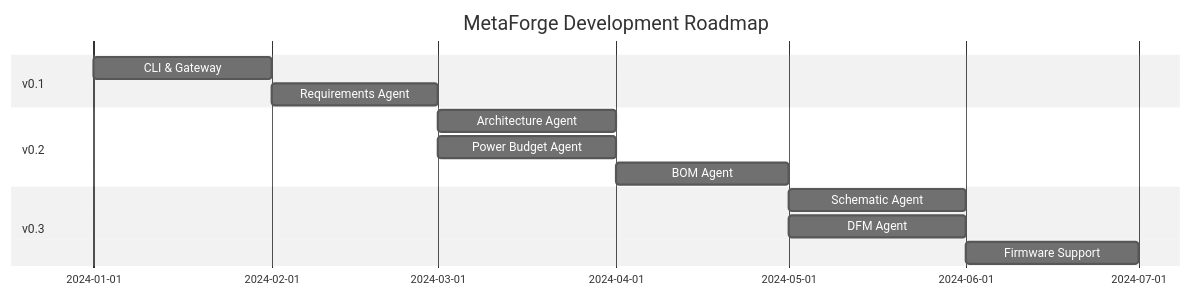
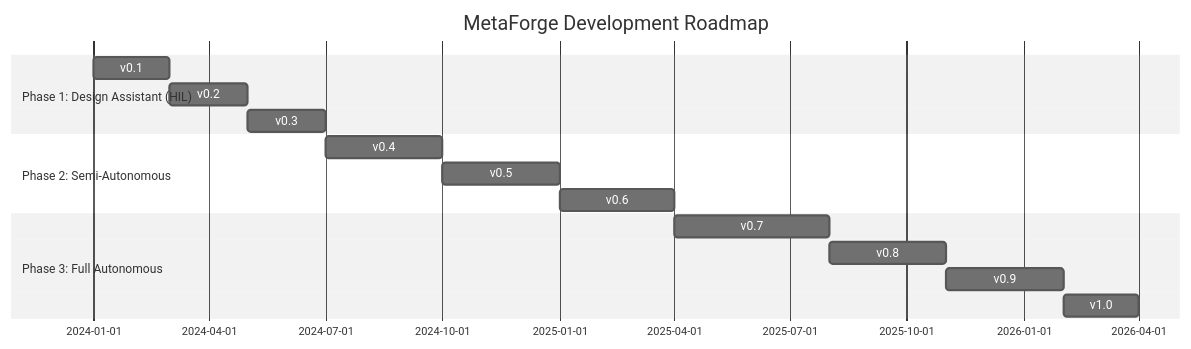
Diagram 16 of 22 in docs/index.md (FidelOdok/MetaForge-Planner), drawn with Mermaid (neutral theme) before and after one commit. The commit also changed other lines of this file and 2 other files, not shown here.

````diff
--- a/docs/index.md
+++ b/docs/index.md
@@ -186,16 +845,18 @@
 ```mermaid
 gantt
     title MetaForge Development Roadmap
     dateFormat YYYY-MM
-    section v0.1
-    CLI & Gateway        :2024-01, 2024-02
-    Requirements Agent   :2024-02, 2024-03
-    section v0.2
-    Architecture Agent   :2024-03, 2024-04
-    Power Budget Agent   :2024-03, 2024-04
-    BOM Agent           :2024-04, 2024-05
-    section v0.3
-    Schematic Agent     :2024-05, 2024-06
-    DFM Agent           :2024-05, 2024-06
-    Firmware Support    :2024-06, 2024-07
+    section Phase 1: Design Assistant (HIL)
+    v0.1: CLI & Gateway           :2024-01, 2M
+    v0.2: Architecture Agent      :2024-03, 2M
+    v0.3: Schematic & DFM         :2024-05, 2M
+    section Phase 2: Semi-Autonomous
+    v0.4: PCB Auto-Routing        :2024-07, 3M
+    v0.5: Firmware Generation     :2024-10, 3M
+    v0.6: Manufacturing Integration :2025-01, 3M
+    section Phase 3: Full Autonomous
+    v0.7: End-to-End Automation   :2025-04, 4M
+    v0.8: Quality & Testing       :2025-08, 3M
+    v0.9: Certification           :2025-11, 3M
+    v1.0: Production Ready        :2026-02, 2M
 ```
````
